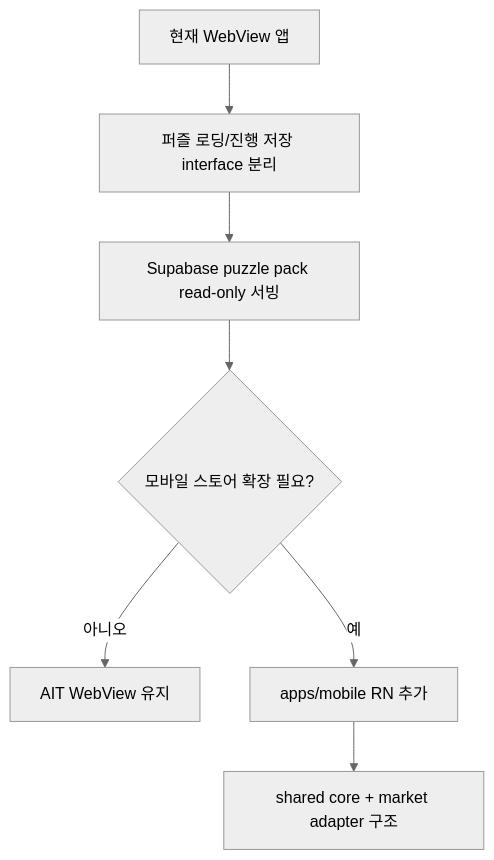
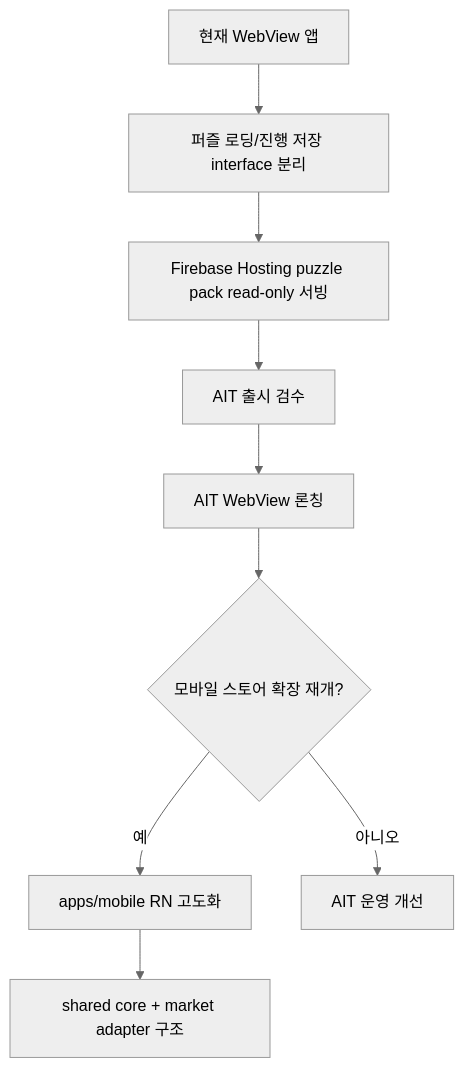
One commit to seorilabs/crossword-puzzle changed the first of 3 diagrams in docs/architecture.md. Above: the diagram before and after it, drawn with Mermaid (neutral theme). The commit also changed other lines of this file and 33 other files, not shown here.

````diff
--- a/docs/architecture.md
+++ b/docs/architecture.md
@@ -11,9 +13,11 @@
 ```mermaid
 flowchart TD
   A["현재 WebView 앱"] --> B["퍼즐 로딩/진행 저장 interface 분리"]
-  B --> C["Supabase puzzle pack read-only 서빙"]
-  C --> D{"모바일 스토어 확장 필요?"}
-  D -->|아니오| E["AIT WebView 유지"]
-  D -->|예| F["apps/mobile RN 추가"]
-  F --> G["shared core + market adapter 구조"]
+  B --> C["Firebase Hosting puzzle pack read-only 서빙"]
+  C --> D["AIT 출시 검수"]
+  D --> E["AIT WebView 론칭"]
+  E --> F{"모바일 스토어 확장 재개?"}
+  F -->|예| G["apps/mobile RN 고도화"]
+  F -->|아니오| H["AIT 운영 개선"]
+  G --> I["shared core + market adapter 구조"]
 ```
````
